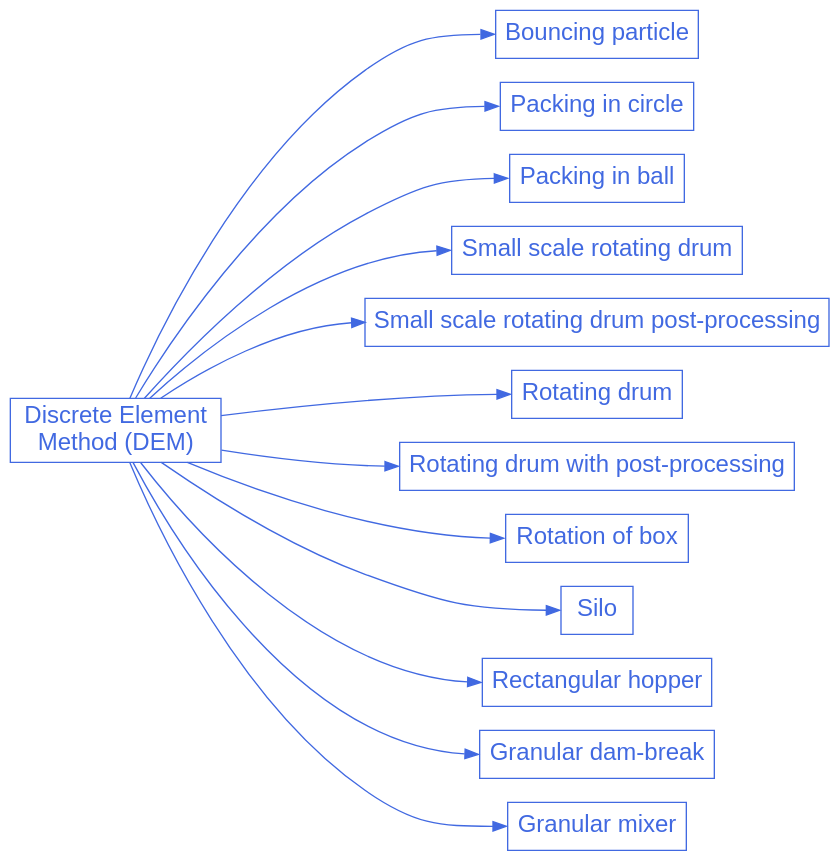
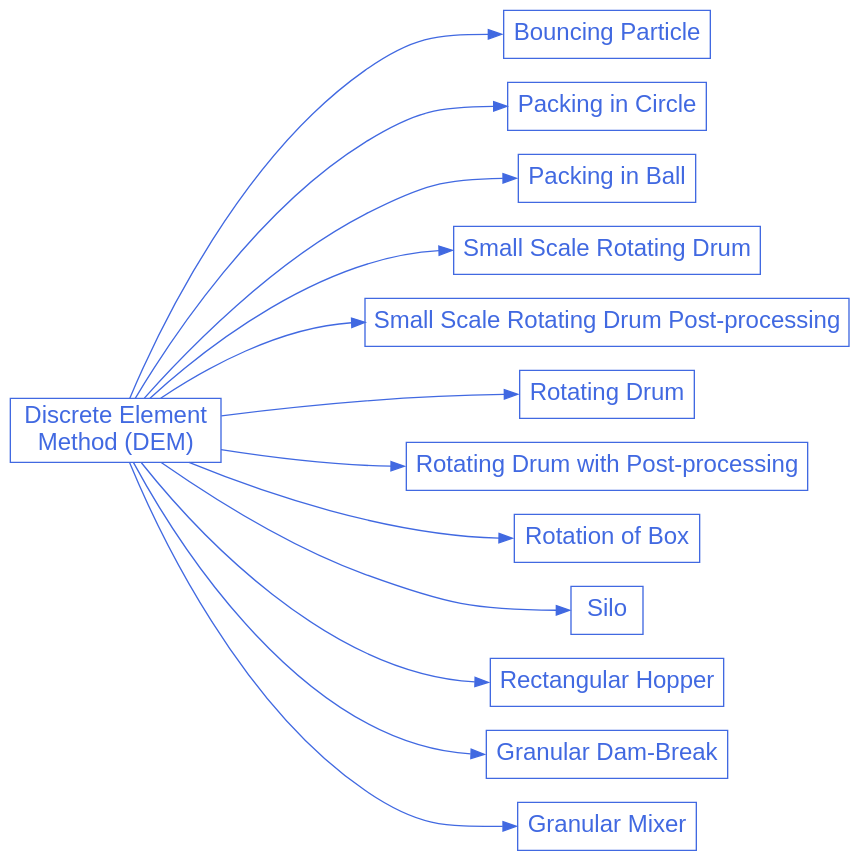
One commit to chaos-polymtl/lethe changed the diagram in doc/source/examples/dem/dem.rst. Above: the diagram before and after it, drawn with Graphviz. The commit also changed 88 other files, not shown here.

```diff
--- a/doc/source/examples/dem/dem.rst
+++ b/doc/source/examples/dem/dem.rst
@@ -25,48 +25,48 @@
 .. graphviz:: 
 
     digraph dem_diagram {
       graph [bgcolor="transparent", align=true, ranksep=1.5];
       node [fontname=Arial, fontsize=18, shape=box, fontcolor=royalblue, color=royalblue];
       edge [color=royalblue];
       rankdir="LR";
       size = "9,9";
       
       dem [label="Discrete Element \nMethod (DEM)", href="https://lethe-cfd.github.io/lethe/examples/dem/dem.html"];
 
-      dem_1 [label="Bouncing particle", href="https://lethe-cfd.github.io/lethe/examples/dem/bouncing-particle/bouncing-particle.html"]; 
+      dem_1 [label="Bouncing Particle", href="https://lethe-cfd.github.io/lethe/examples/dem/bouncing-particle/bouncing-particle.html"];
 
-      dem_2 [label="Packing in circle", href="https://lethe-cfd.github.io/lethe/examples/dem/packing-in-circle/packing-in-circle.html"]; 
+      dem_2 [label="Packing in Circle", href="https://lethe-cfd.github.io/lethe/examples/dem/packing-in-circle/packing-in-circle.html"];
 
-      dem_3 [label="Packing in ball", href="https://lethe-cfd.github.io/lethe/examples/dem/packing-in-ball/packing-in-ball.html"]; 
+      dem_3 [label="Packing in Ball", href="https://lethe-cfd.github.io/lethe/examples/dem/packing-in-ball/packing-in-ball.html"];
 
-      dem_4 [label="Small scale rotating drum", href="https://lethe-cfd.github.io/lethe/examples/dem/small-scale-rotating-drum/small-scale-rotating-drum.html"]; 
+      dem_4 [label="Small Scale Rotating Drum", href="https://lethe-cfd.github.io/lethe/examples/dem/small-scale-rotating-drum/small-scale-rotating-drum.html"];
     
-      dem_5 [label="Small scale rotating drum post-processing", href="https://lethe-cfd.github.io/lethe/examples/dem/small-scale-rotating-drum-post-processing/small-scale-rotating-drum-post-processing.html"]; 
+      dem_5 [label="Small Scale Rotating Drum Post-processing", href="https://lethe-cfd.github.io/lethe/examples/dem/small-scale-rotating-drum-post-processing/small-scale-rotating-drum-post-processing.html"];
 
-      dem_6 [label="Rotating drum", href="https://lethe-cfd.github.io/lethe/examples/dem/rotating-drum/rotating-drum.html"]; 
+      dem_6 [label="Rotating Drum", href="https://lethe-cfd.github.io/lethe/examples/dem/rotating-drum/rotating-drum.html"];
 
-      dem_7 [label="Rotating drum with post-processing", href="https://lethe-cfd.github.io/lethe/examples/dem/rotating-drum-with-post-processing/rotating-drum-with-post-processing.html"]; 
+      dem_7 [label="Rotating Drum with Post-processing", href="https://lethe-cfd.github.io/lethe/examples/dem/rotating-drum-with-post-processing/rotating-drum-with-post-processing.html"];
 
-      dem_8 [label="Rotation of box", href="https://lethe-cfd.github.io/lethe/examples/dem/rotation-of-box/rotation-of-box.html"]; 
+      dem_8 [label="Rotation of Box", href="https://lethe-cfd.github.io/lethe/examples/dem/rotation-of-box/rotation-of-box.html"];
 
       dem_9 [label="Silo", href="https://lethe-cfd.github.io/lethe/examples/dem/silo/silo.html"]; 
 
-      dem_10 [label="Rectangular hopper", href="https://lethe-cfd.github.io/lethe/examples/dem/rectangular-hopper/rectangular-hopper.html"]; 
+      dem_10 [label="Rectangular Hopper", href="https://lethe-cfd.github.io/lethe/examples/dem/rectangular-hopper/rectangular-hopper.html"];
 
-      dem_11 [label="Granular dam-break", href="https://lethe-cfd.github.io/lethe/examples/dem/granular-dam-break/granular-dam-break.html"]; 
+      dem_11 [label="Granular Dam-Break", href="https://lethe-cfd.github.io/lethe/examples/dem/granular-dam-break/granular-dam-break.html"];
 
-      dem_12 [label="Granular mixer", href="https://lethe-cfd.github.io/lethe/examples/dem/granular-mixer/granular-mixer.html"]; 
+      dem_12 [label="Granular Mixer", href="https://lethe-cfd.github.io/lethe/examples/dem/granular-mixer/granular-mixer.html"];
 
       dem -> dem_1:w;
       dem -> dem_2:w;
       dem -> dem_3:w;
       dem -> dem_4:w;
       dem -> dem_5:w;
       dem -> dem_6:w;
       dem -> dem_7:w;
       dem -> dem_8:w;
       dem -> dem_9:w;
       dem -> dem_10:w;
       dem -> dem_11:w;
       dem -> dem_12:w;
     }
```
